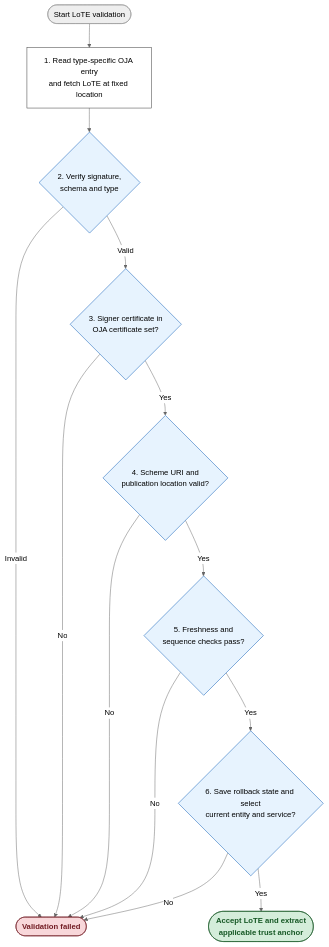
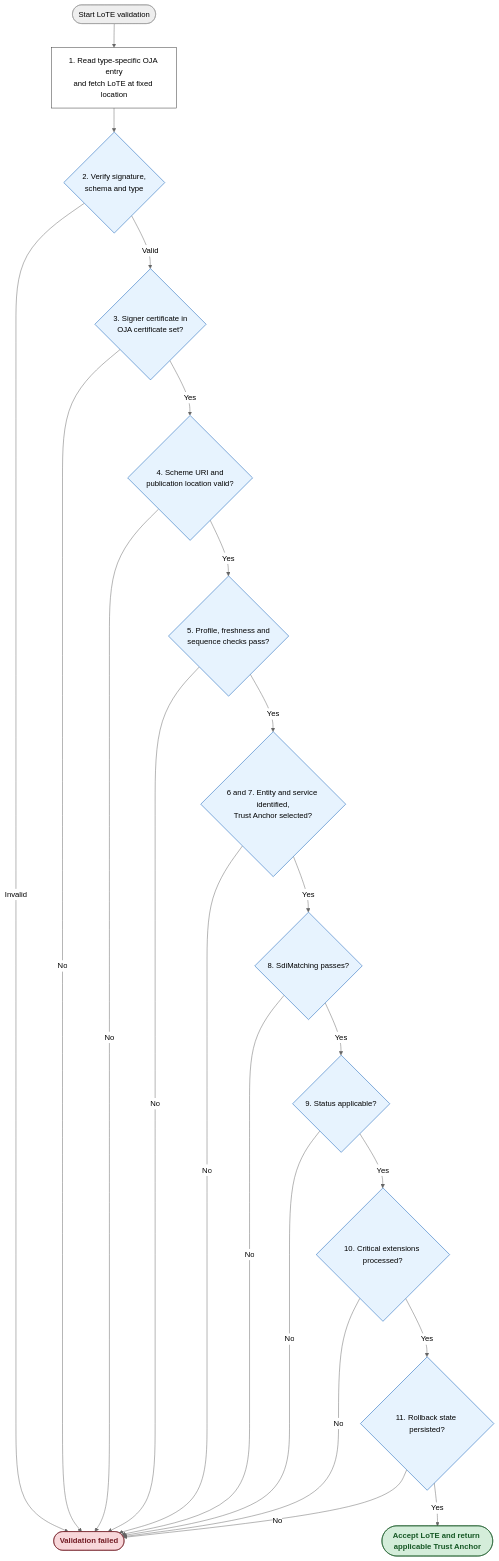
One commit to APTITUDE-Consortium/wp2-trust-specifications changed the second of 2 diagrams in docs/topics/trust-anchor-validation.md. Above: the diagram before and after it, drawn with Mermaid (neutral theme). The commit also changed other lines of this file and 15 other files, not shown here.

````diff
--- a/docs/topics/trust-anchor-validation.md
+++ b/docs/topics/trust-anchor-validation.md
@@ -211,20 +369,28 @@
 ```mermaid
 flowchart TD
     classDef failure fill:#f8d7da,stroke:#721c24,color:#721c24,font-weight:bold;
     classDef success fill:#d4edda,stroke:#155724,color:#155724,font-weight:bold;
     classDef process fill:#fff,stroke:#333,stroke-width:1px;
     classDef decision fill:#e7f3fe,stroke:#0056b3,stroke-width:1px;
 
     Start([Start LoTE validation]) --> Fetch[1. Read type-specific OJA entry<br/>and fetch LoTE at fixed location]:::process
     Fetch --> Sig{2. Verify signature,<br/>schema and type}:::decision
     Sig -- Invalid --> Fail([Validation failed]):::failure
     Sig -- Valid --> OJA{3. Signer certificate in<br/>OJA certificate set?}:::decision
     OJA -- No --> Fail
     OJA -- Yes --> Profile{4. Scheme URI and<br/>publication location valid?}:::decision
     Profile -- No --> Fail
-    Profile -- Yes --> History{5. Freshness and<br/>sequence checks pass?}:::decision
+    Profile -- Yes --> History{5. Profile, freshness and<br/>sequence checks pass?}:::decision
     History -- No --> Fail
-    History -- Yes --> Checks{6. Save rollback state and select<br/>current entity and service?}:::decision
-    Checks -- No --> Fail
-    Checks -- Yes --> Success([Accept LoTE and extract<br/>applicable trust anchor]):::success
+    History -- Yes --> Anchor{6 and 7. Entity and service identified,<br/>Trust Anchor selected?}:::decision
+    Anchor -- No --> Fail
+    Anchor -- Yes --> Sdi{8. SdiMatching passes?}:::decision
+    Sdi -- No --> Fail
+    Sdi -- Yes --> Status{9. Status applicable?}:::decision
+    Status -- No --> Fail
+    Status -- Yes --> Crit{10. Critical extensions processed?}:::decision
+    Crit -- No --> Fail
+    Crit -- Yes --> Persist{11. Rollback state persisted?}:::decision
+    Persist -- No --> Fail
+    Persist -- Yes --> Success([Accept LoTE and return applicable Trust Anchor]):::success
 ```
````
